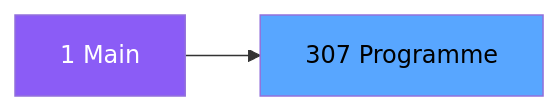
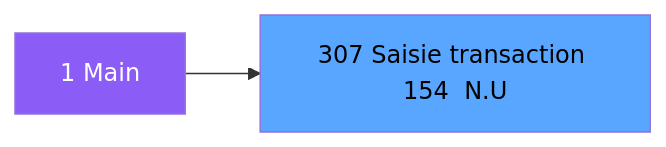
Before and after one commit to thonyAGP/magic-migration: the second of 3 diagrams in .openspec/specs/ADH-IDE-307.md, drawn with Mermaid. The commit also changed other lines of this file and 323 other files, not shown here.

````diff
--- a/.openspec/specs/ADH-IDE-307.md
+++ b/.openspec/specs/ADH-IDE-307.md
@@ -132,8 +158,8 @@
 ```mermaid
 graph LR
     M[1 Main]
-    T[307 Programme]
+    T[307 Saisie transaction 154  N.U]
     M --> T
     style M fill:#8b5cf6,color:#fff
     style T fill:#58a6ff,color:#000
 ```
````
